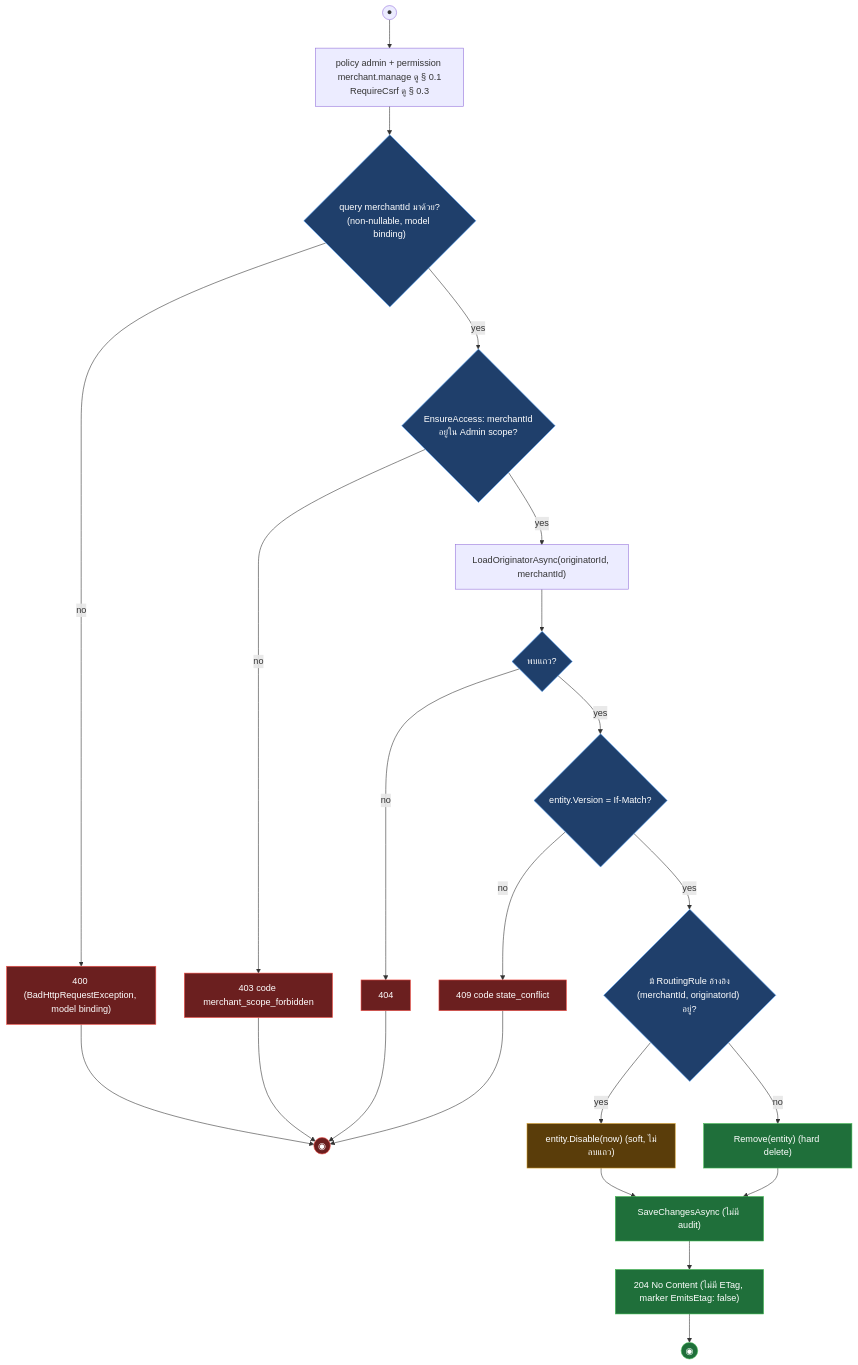
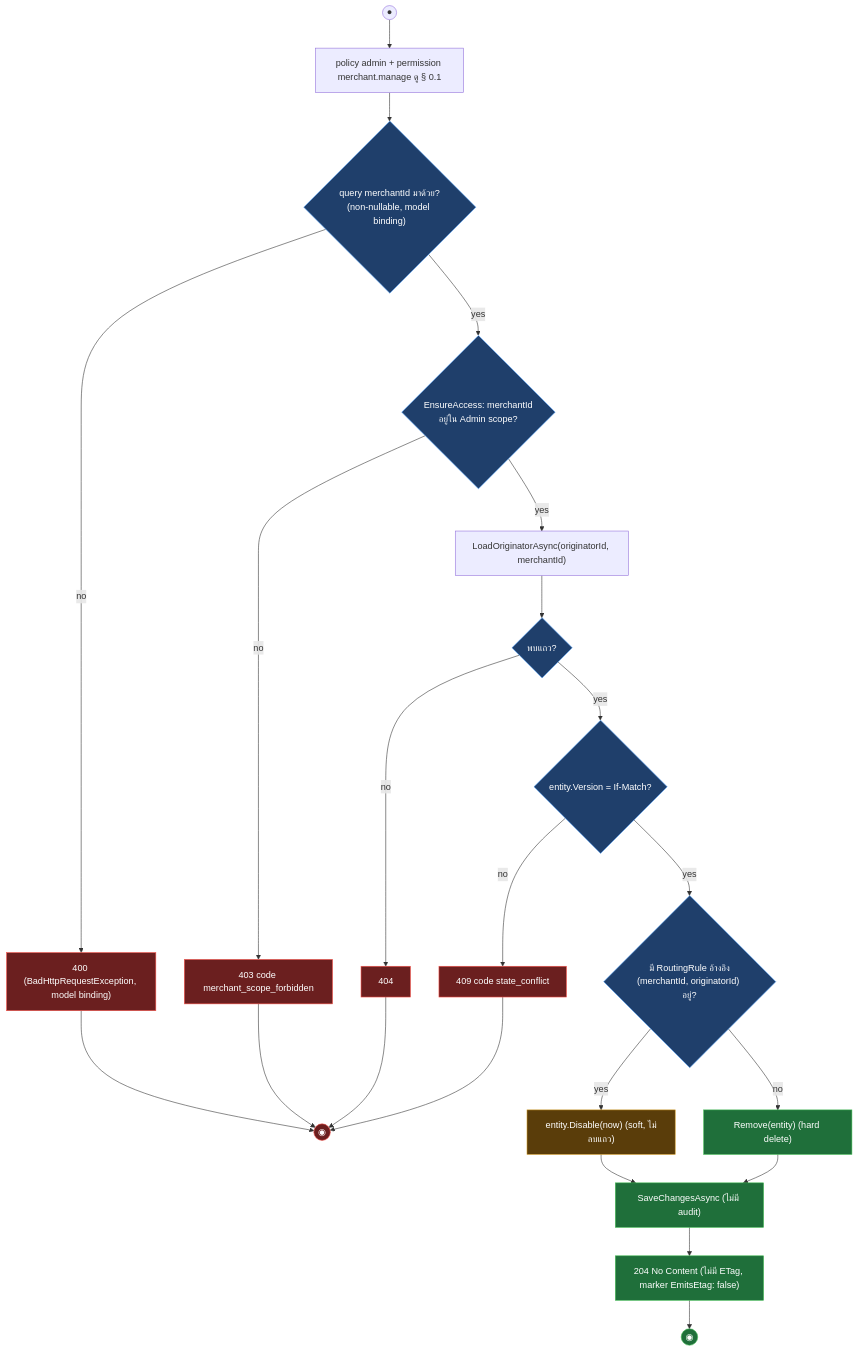
One commit to metrodiesign/pol-core changed the tenth of 10 diagrams in outputs/diagrams/2026-09-14_api-endpoints_v1/10-admin-merchant-console-originators.activities.md. Above: the diagram before and after it, drawn with Mermaid. The commit also changed other lines of this file and 42 other files, not shown here.

First line of the commit message:
docs: align reference docs and the API diagram set with the Bearer-only admin plane

````diff
--- a/outputs/diagrams/2026-09-14_api-endpoints_v1/10-admin-merchant-console-originators.activities.md
+++ b/outputs/diagrams/2026-09-14_api-endpoints_v1/10-admin-merchant-console-originators.activities.md
@@ -522,34 +522,34 @@
 ```mermaid
 flowchart TD
-    START((●)) --> AUTHZ["policy admin + permission merchant.manage ดู § 0.1<br/>RequireCsrf ดู § 0.3"]
+    START((●)) --> AUTHZ["policy admin + permission merchant.manage ดู § 0.1"]
     AUTHZ --> BINDQ{"query merchantId มาด้วย?<br/>(non-nullable, model binding)"}
     BINDQ -->|no| R400B["400 (BadHttpRequestException, model binding)"]
     BINDQ -->|yes| ACC{"EnsureAccess: merchantId<br/>อยู่ใน Admin scope?"}
     ACC -->|no| R403["403 code merchant_scope_forbidden"]
     ACC -->|yes| LOAD["LoadOriginatorAsync(originatorId, merchantId)"]
     LOAD --> FOUND{"พบแถว?"}
     FOUND -->|no| R404["404"]
     FOUND -->|yes| VER{"entity.Version = If-Match?"}
     VER -->|no| R409V["409 code state_conflict"]
     VER -->|yes| REF{"มี RoutingRule อ้างอิง<br/>(merchantId, originatorId) อยู่?"}
     REF -->|yes| SOFT["entity.Disable(now) (soft, ไม่ลบแถว)"]
     REF -->|no| HARD["Remove(entity) (hard delete)"]
     SOFT --> SAVE
     HARD --> SAVE["SaveChangesAsync (ไม่มี audit)"]
     SAVE --> R204["204 No Content (ไม่มี ETag, marker EmitsEtag: false)"]
 
     R204 --> END_S((◉))
     R400B --> END_F((◉))
     R403 --> END_F
     R404 --> END_F
     R409V --> END_F
 
     classDef ok fill:#1f6f3a,stroke:#3fb950,color:#fff
     classDef fail fill:#6b1f1f,stroke:#f85149,color:#fff
     classDef gate fill:#1f3f6b,stroke:#58a6ff,color:#fff
     classDef warn fill:#5a3d0a,stroke:#d29922,color:#fff
     class HARD,SAVE,R204,END_S ok
     class R400B,R403,R404,R409V,END_F fail
     class BINDQ,ACC,FOUND,VER,REF gate
     class SOFT warn
 ```
````
